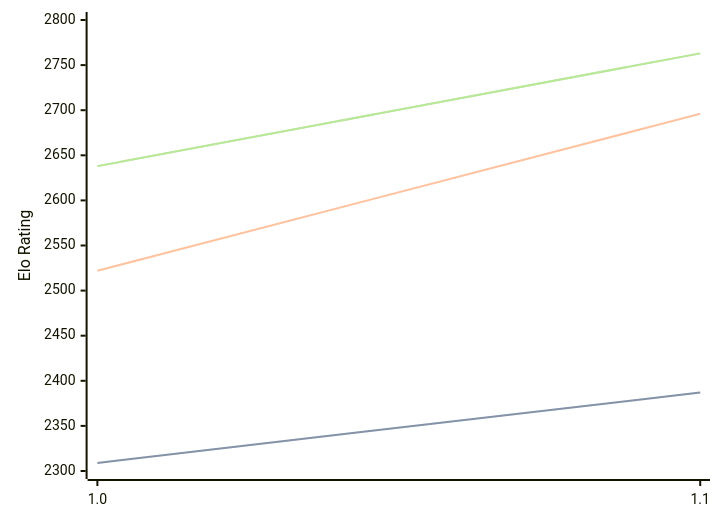
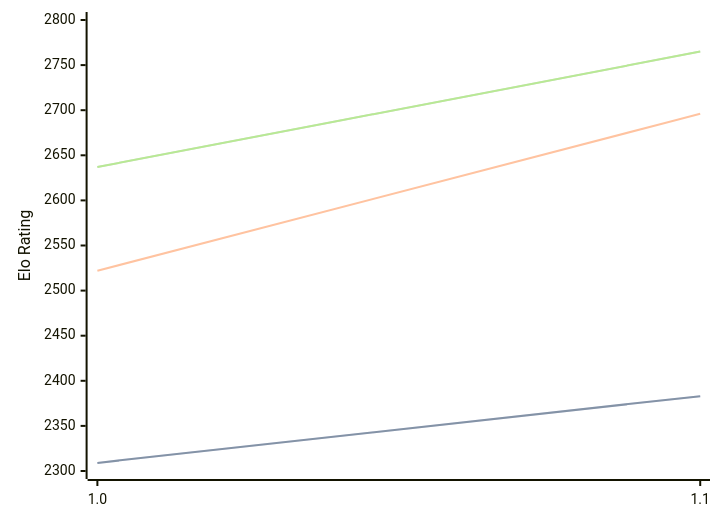
Before and after one commit to computer-chess-index/cci: the diagram in engines/FoxChess.md, drawn with Mermaid. The commit also changed other lines of this file, not shown here.

Commit message:
Update CCI Ratings (ELO VLTC) - 2026-06-10

````diff
--- a/engines/FoxChess.md
+++ b/engines/FoxChess.md
@@ -32,11 +32,11 @@
 ```mermaid
 %%{init: {"theme":"base","themeVariables":{"seriesColors:['#a3a3a3','#222221','#faa371']}}}%%
 xychart-beta
   x-axis ["1.0", "1.1"]
   y-axis "Elo Rating" 2300 --> 2800
-  line "STC (8.0+0.08s)" [2309, 2387]
-  line "STC (8.0+0.08s)" [2309, 2387]
+  line "STC (8.0+0.08s)" [2309, 2383]
+  line "STC (8.0+0.08s)" [2309, 2383]
   line "LTC (60.0+0.60s)" [2522, 2696]
-  line "VLTC (2m24s+1.12s)" [2638, 2763]
-  line "VLTC (2m24s+1.12s)" [2638, 2763]
+  line "VLTC (2m24s+1.12s)" [2637, 2765]
+  line "VLTC (2m24s+1.12s)" [2637, 2765]
 ```
````
